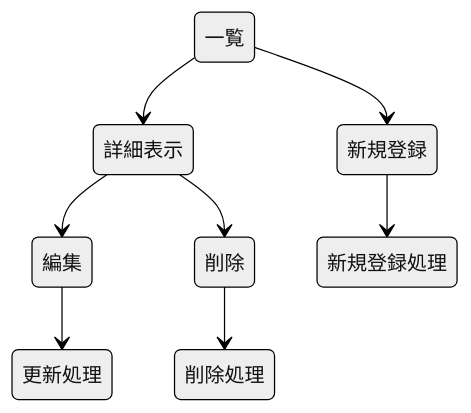
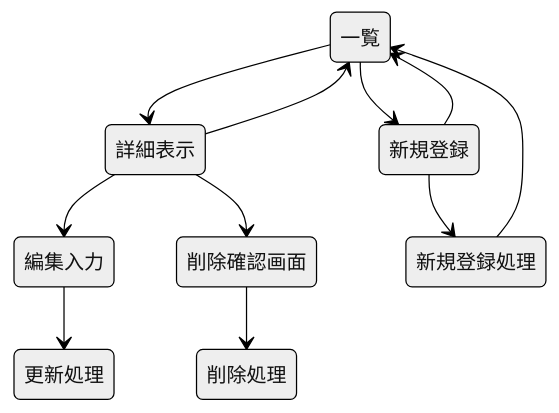
One commit to s25g1070fl-spec/webpro_06 changed the diagram in md/report.md. Above: the diagram before and after it, drawn with Mermaid (neutral theme). The commit also changed other lines of this file and 6 other files, not shown here.

````diff
--- a/md/report.md
+++ b/md/report.md
@@ -29,10 +29,14 @@
 ```mermaid
 stateDiagram-v2
 一覧 --> 詳細表示
-詳細表示 --> 編集
-詳細表示 --> 削除
+詳細表示 --> 編集入力
+詳細表示 --> 削除確認画面
 一覧 --> 新規登録
 新規登録 --> 新規登録処理
-編集 --> 更新処理
-削除 --> 削除処理
+編集入力 --> 更新処理
+削除確認画面 --> 削除処理
+新規登録 --> 一覧
+詳細表示 --> 一覧
+新規登録処理 --> 一覧
+
 ```
````
